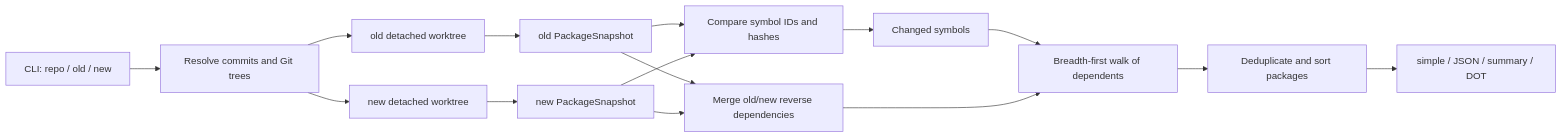
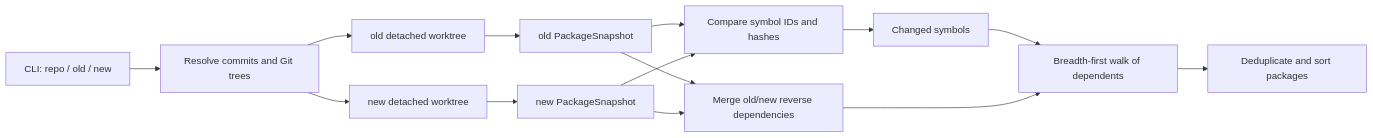
Before and after one commit to jimyag/ripples: the diagram in docs/architecture.en.md, drawn with Mermaid. The commit also changed other lines of this file and 1 other file, not shown here.

````diff
--- a/docs/architecture.en.md
+++ b/docs/architecture.en.md
@@ -9,17 +9,16 @@
 ```mermaid
 flowchart LR
     CLI["CLI: repo / old / new"] --> Resolve["Resolve commits and Git trees"]
     Resolve --> Old["old detached worktree"]
     Resolve --> New["new detached worktree"]
     Old --> OldSnapshot["old PackageSnapshot"]
     New --> NewSnapshot["new PackageSnapshot"]
     OldSnapshot --> Compare["Compare symbol IDs and hashes"]
     NewSnapshot --> Compare
     Compare --> Changed["Changed symbols"]
     OldSnapshot --> Reverse["Merge old/new reverse dependencies"]
     NewSnapshot --> Reverse
     Changed --> Walk["Breadth-first walk of dependents"]
     Reverse --> Walk
     Walk --> Packages["Deduplicate and sort packages"]
-    Packages --> Output["simple / JSON / summary / DOT"]
 ```
````
